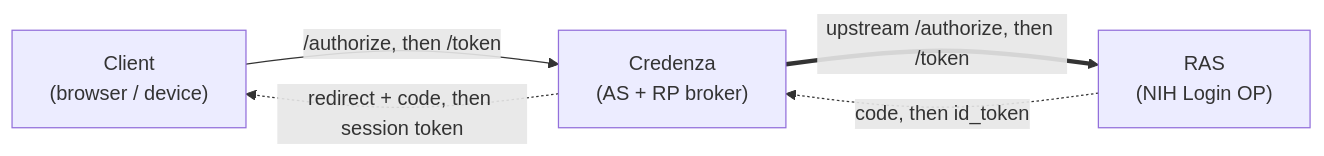
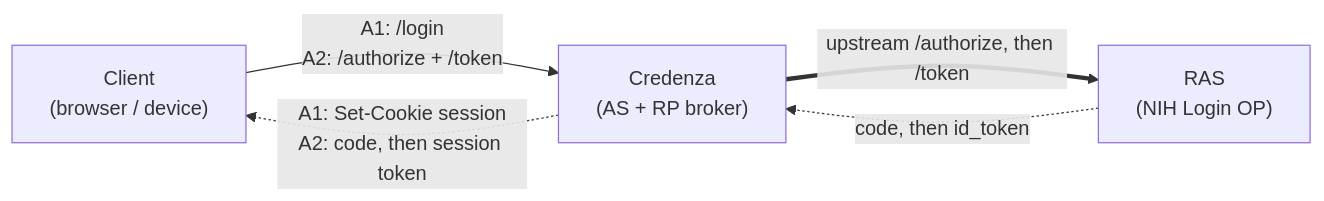
One commit to informatics-isi-edu/credenza changed the first of 4 diagrams in docs/nih-ras-oidc-flows.md. Above: the diagram before and after it, drawn with Mermaid. The commit also changed other lines of this file, not shown here.

````diff
--- a/docs/nih-ras-oidc-flows.md
+++ b/docs/nih-ras-oidc-flows.md
@@ -30,11 +41,11 @@
 ```mermaid
 flowchart LR
     C["Client<br/>(browser / device)"]
     Z["Credenza<br/>(AS + RP broker)"]
     R["RAS<br/>(NIH Login OP)"]
 
-    C -->|"/authorize, then /token"| Z
-    Z -.->|"redirect + code, then session token"| C
+    C -->|"A1: /login<br/>A2: /authorize + /token"| Z
+    Z -.->|"A1: Set-Cookie session<br/>A2: code, then session token"| C
     Z ==>|"upstream /authorize, then /token"| R
     R -.->|"code, then id_token"| Z
 ```
````
